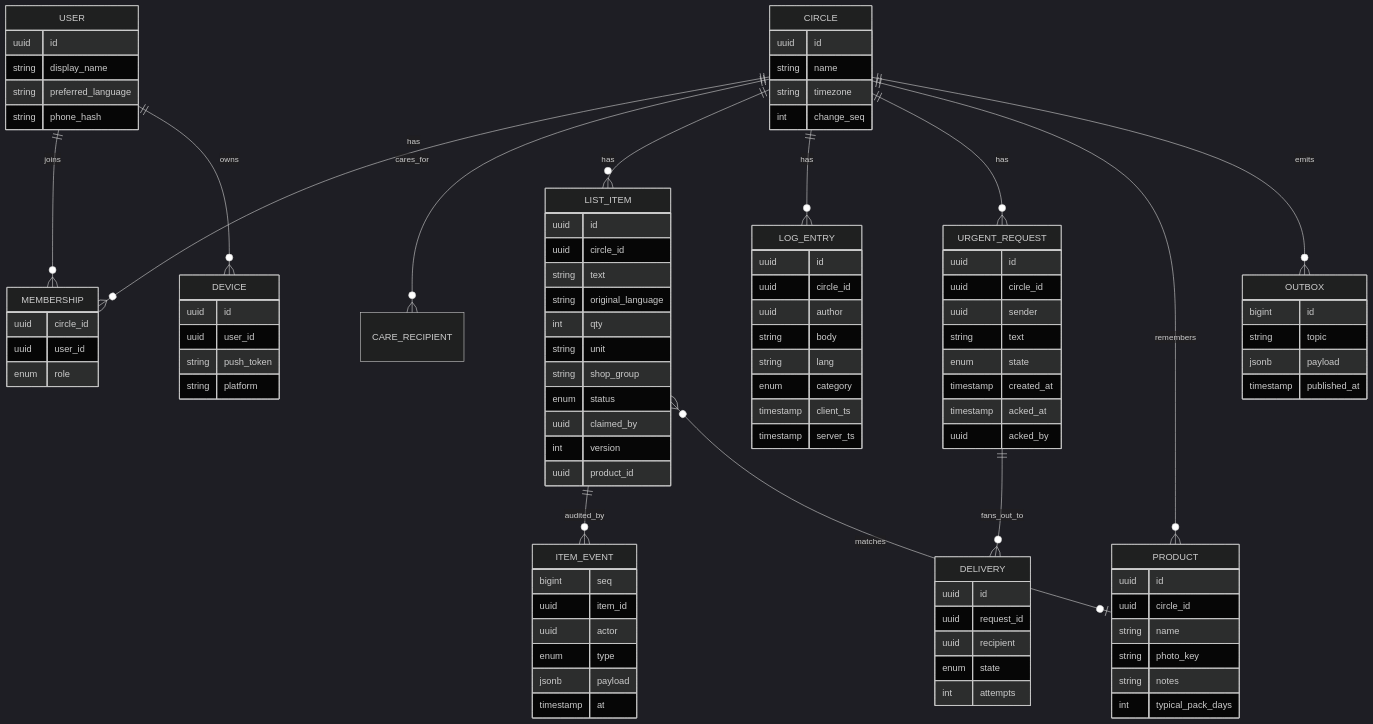
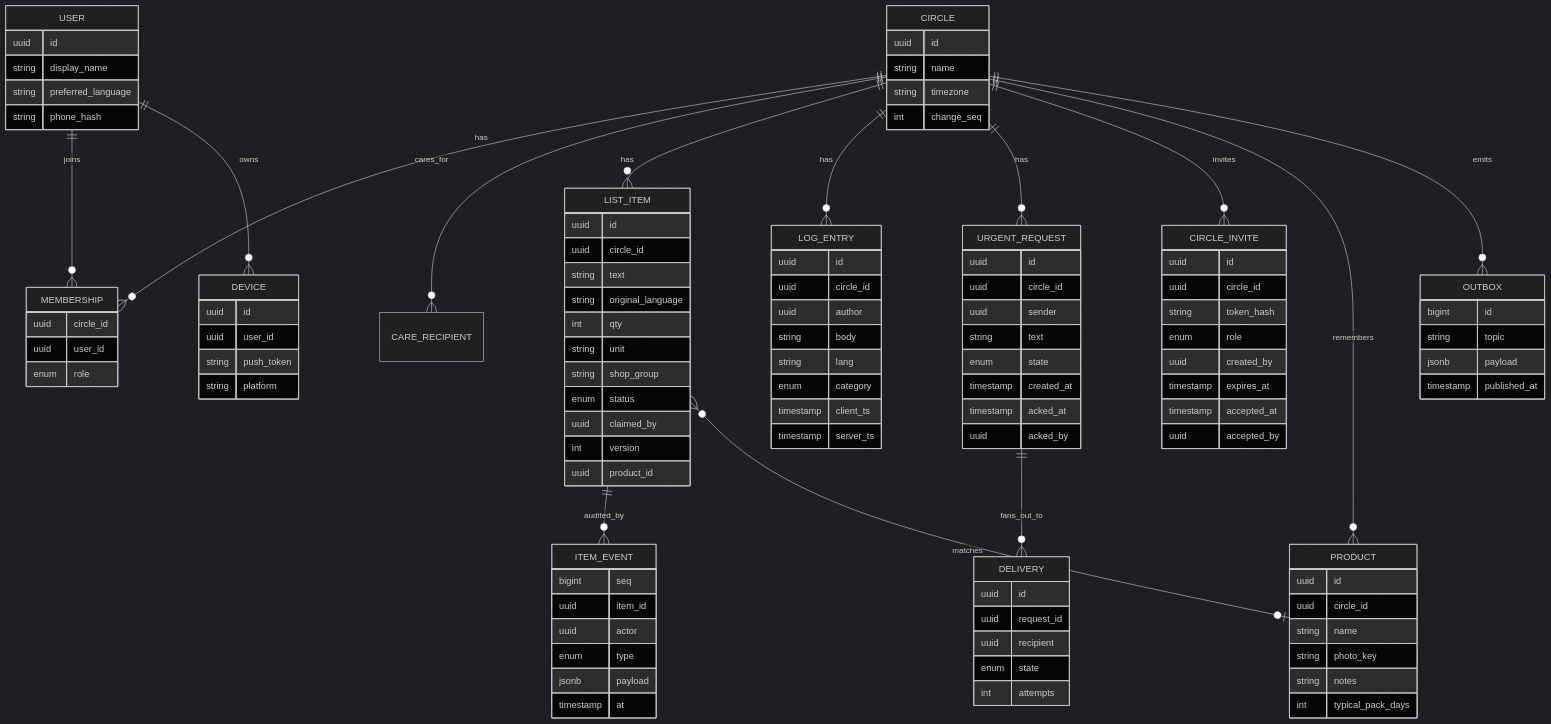
The second of 5 diagrams in docs/architecture.md (janani1992/caregiver), drawn with Mermaid (dark theme) before and after one commit. The commit also changed other lines of this file and 16 other files, not shown here.

````diff
--- a/docs/architecture.md
+++ b/docs/architecture.md
@@ -99,27 +99,29 @@
 ```mermaid
 erDiagram
     CIRCLE ||--o{ MEMBERSHIP : has
     USER ||--o{ MEMBERSHIP : joins
     CIRCLE ||--o{ CARE_RECIPIENT : cares_for
     CIRCLE ||--o{ LIST_ITEM : has
     LIST_ITEM ||--o{ ITEM_EVENT : audited_by
     CIRCLE ||--o{ LOG_ENTRY : has
     CIRCLE ||--o{ URGENT_REQUEST : has
     URGENT_REQUEST ||--o{ DELIVERY : fans_out_to
+    CIRCLE ||--o{ CIRCLE_INVITE : invites
     CIRCLE ||--o{ PRODUCT : remembers
     LIST_ITEM }o--o| PRODUCT : matches
     USER ||--o{ DEVICE : owns
     CIRCLE ||--o{ OUTBOX : emits
 
     CIRCLE { uuid id string name string timezone int change_seq }
     USER { uuid id string display_name string preferred_language string phone_hash }
     MEMBERSHIP { uuid circle_id uuid user_id enum role }
+    CIRCLE_INVITE { uuid id uuid circle_id string token_hash enum role uuid created_by timestamp expires_at timestamp accepted_at uuid accepted_by }
     LIST_ITEM { uuid id uuid circle_id string text string original_language int qty string unit string shop_group enum status uuid claimed_by int version uuid product_id }
     ITEM_EVENT { bigint seq uuid item_id uuid actor enum type jsonb payload timestamp at }
     LOG_ENTRY { uuid id uuid circle_id uuid author string body string lang enum category timestamp client_ts timestamp server_ts }
     URGENT_REQUEST { uuid id uuid circle_id uuid sender string text enum state timestamp created_at timestamp acked_at uuid acked_by }
     DELIVERY { uuid id uuid request_id uuid recipient enum state int attempts }
     PRODUCT { uuid id uuid circle_id string name string photo_key string notes int typical_pack_days }
     DEVICE { uuid id uuid user_id string push_token string platform }
     OUTBOX { bigint id string topic jsonb payload timestamp published_at }
 ```
````
